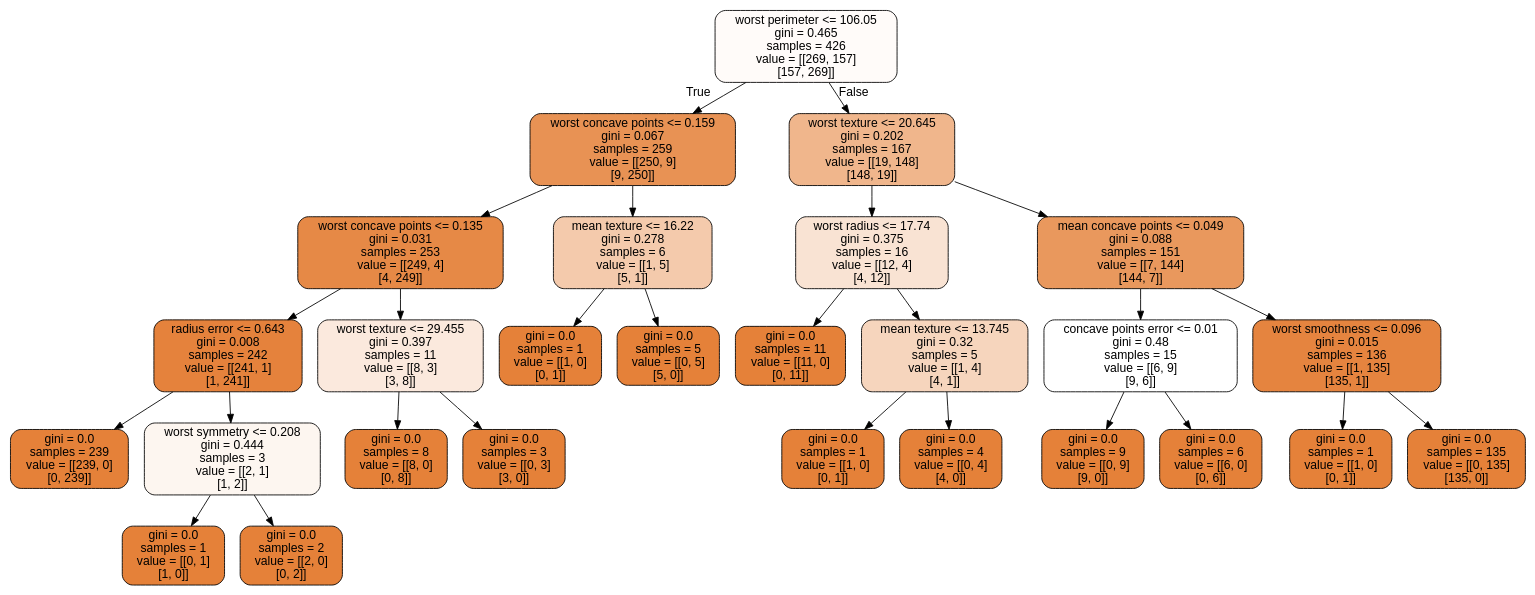
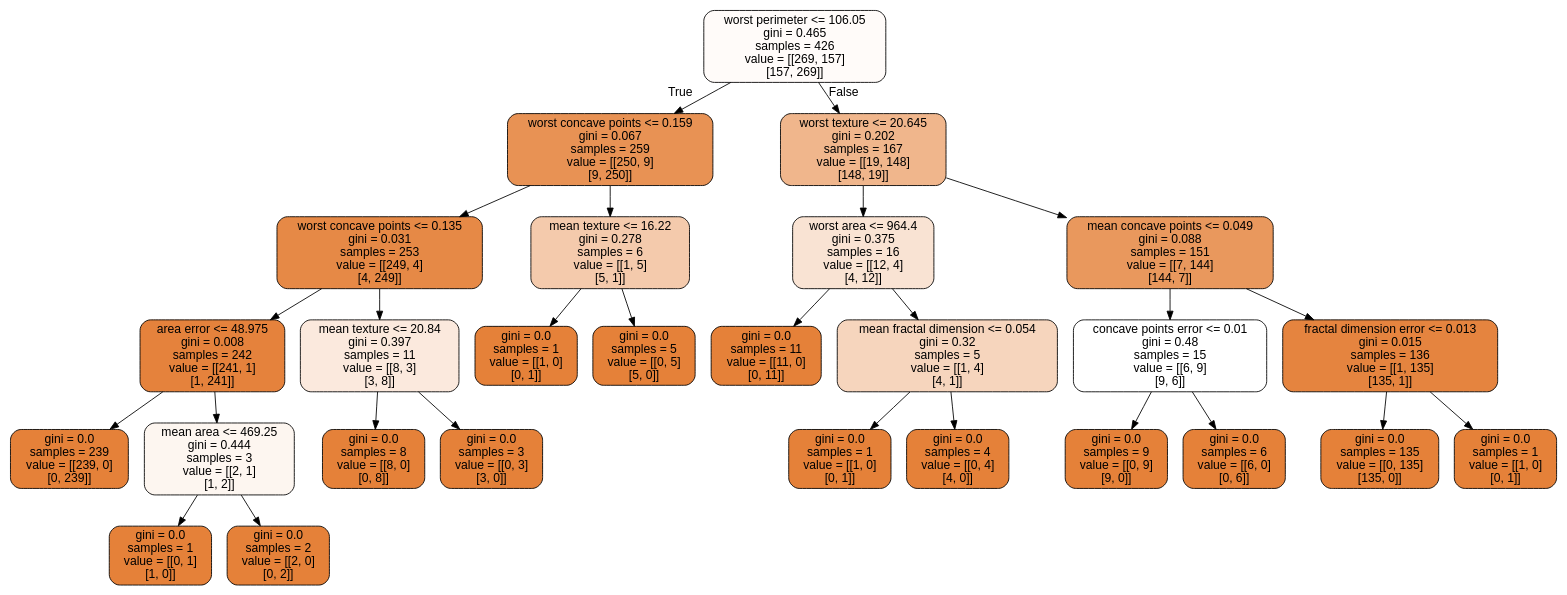
Before and after one commit to CompPhysics/MachineLearning: the diagram in doc/pub/DecisionTrees/ipynb/DataFiles/cancer.dot, drawn with Graphviz. The commit also changed 11 other files, not shown here.

```diff
--- a/doc/pub/DecisionTrees/ipynb/DataFiles/cancer.dot
+++ b/doc/pub/DecisionTrees/ipynb/DataFiles/cancer.dot
@@ -1,57 +1,57 @@
 digraph Tree {
 node [shape=box, style="filled, rounded", color="black", fontname=helvetica] ;
 edge [fontname=helvetica] ;
 0 [label="worst perimeter <= 106.05\ngini = 0.465\nsamples = 426\nvalue = [[269, 157]\n[157, 269]]", fillcolor="#e5813908"] ;
 1 [label="worst concave points <= 0.159\ngini = 0.067\nsamples = 259\nvalue = [[250, 9]\n[9, 250]]", fillcolor="#e58139db"] ;
 0 -> 1 [labeldistance=2.5, labelangle=45, headlabel="True"] ;
 2 [label="worst concave points <= 0.135\ngini = 0.031\nsamples = 253\nvalue = [[249, 4]\n[4, 249]]", fillcolor="#e58139ee"] ;
 1 -> 2 ;
-3 [label="radius error <= 0.643\ngini = 0.008\nsamples = 242\nvalue = [[241, 1]\n[1, 241]]", fillcolor="#e58139fb"] ;
+3 [label="area error <= 48.975\ngini = 0.008\nsamples = 242\nvalue = [[241, 1]\n[1, 241]]", fillcolor="#e58139fb"] ;
 2 -> 3 ;
 4 [label="gini = 0.0\nsamples = 239\nvalue = [[239, 0]\n[0, 239]]", fillcolor="#e58139ff"] ;
 3 -> 4 ;
-5 [label="worst symmetry <= 0.208\ngini = 0.444\nsamples = 3\nvalue = [[2, 1]\n[1, 2]]", fillcolor="#e5813913"] ;
+5 [label="mean area <= 469.25\ngini = 0.444\nsamples = 3\nvalue = [[2, 1]\n[1, 2]]", fillcolor="#e5813913"] ;
 3 -> 5 ;
 6 [label="gini = 0.0\nsamples = 1\nvalue = [[0, 1]\n[1, 0]]", fillcolor="#e58139ff"] ;
 5 -> 6 ;
 7 [label="gini = 0.0\nsamples = 2\nvalue = [[2, 0]\n[0, 2]]", fillcolor="#e58139ff"] ;
 5 -> 7 ;
-8 [label="worst texture <= 29.455\ngini = 0.397\nsamples = 11\nvalue = [[8, 3]\n[3, 8]]", fillcolor="#e581392c"] ;
+8 [label="mean texture <= 20.84\ngini = 0.397\nsamples = 11\nvalue = [[8, 3]\n[3, 8]]", fillcolor="#e581392c"] ;
 2 -> 8 ;
 9 [label="gini = 0.0\nsamples = 8\nvalue = [[8, 0]\n[0, 8]]", fillcolor="#e58139ff"] ;
 8 -> 9 ;
 10 [label="gini = 0.0\nsamples = 3\nvalue = [[0, 3]\n[3, 0]]", fillcolor="#e58139ff"] ;
 8 -> 10 ;
 11 [label="mean texture <= 16.22\ngini = 0.278\nsamples = 6\nvalue = [[1, 5]\n[5, 1]]", fillcolor="#e581396b"] ;
 1 -> 11 ;
 12 [label="gini = 0.0\nsamples = 1\nvalue = [[1, 0]\n[0, 1]]", fillcolor="#e58139ff"] ;
 11 -> 12 ;
 13 [label="gini = 0.0\nsamples = 5\nvalue = [[0, 5]\n[5, 0]]", fillcolor="#e58139ff"] ;
 11 -> 13 ;
 14 [label="worst texture <= 20.645\ngini = 0.202\nsamples = 167\nvalue = [[19, 148]\n[148, 19]]", fillcolor="#e5813994"] ;
 0 -> 14 [labeldistance=2.5, labelangle=-45, headlabel="False"] ;
-15 [label="worst radius <= 17.74\ngini = 0.375\nsamples = 16\nvalue = [[12, 4]\n[4, 12]]", fillcolor="#e5813938"] ;
+15 [label="worst area <= 964.4\ngini = 0.375\nsamples = 16\nvalue = [[12, 4]\n[4, 12]]", fillcolor="#e5813938"] ;
 14 -> 15 ;
 16 [label="gini = 0.0\nsamples = 11\nvalue = [[11, 0]\n[0, 11]]", fillcolor="#e58139ff"] ;
 15 -> 16 ;
-17 [label="mean texture <= 13.745\ngini = 0.32\nsamples = 5\nvalue = [[1, 4]\n[4, 1]]", fillcolor="#e5813955"] ;
+17 [label="mean fractal dimension <= 0.054\ngini = 0.32\nsamples = 5\nvalue = [[1, 4]\n[4, 1]]", fillcolor="#e5813955"] ;
 15 -> 17 ;
 18 [label="gini = 0.0\nsamples = 1\nvalue = [[1, 0]\n[0, 1]]", fillcolor="#e58139ff"] ;
 17 -> 18 ;
 19 [label="gini = 0.0\nsamples = 4\nvalue = [[0, 4]\n[4, 0]]", fillcolor="#e58139ff"] ;
 17 -> 19 ;
 20 [label="mean concave points <= 0.049\ngini = 0.088\nsamples = 151\nvalue = [[7, 144]\n[144, 7]]", fillcolor="#e58139d0"] ;
 14 -> 20 ;
 21 [label="concave points error <= 0.01\ngini = 0.48\nsamples = 15\nvalue = [[6, 9]\n[9, 6]]", fillcolor="#e5813900"] ;
 20 -> 21 ;
 22 [label="gini = 0.0\nsamples = 9\nvalue = [[0, 9]\n[9, 0]]", fillcolor="#e58139ff"] ;
 21 -> 22 ;
 23 [label="gini = 0.0\nsamples = 6\nvalue = [[6, 0]\n[0, 6]]", fillcolor="#e58139ff"] ;
 21 -> 23 ;
-24 [label="worst smoothness <= 0.096\ngini = 0.015\nsamples = 136\nvalue = [[1, 135]\n[135, 1]]", fillcolor="#e58139f7"] ;
+24 [label="fractal dimension error <= 0.013\ngini = 0.015\nsamples = 136\nvalue = [[1, 135]\n[135, 1]]", fillcolor="#e58139f7"] ;
 20 -> 24 ;
-25 [label="gini = 0.0\nsamples = 1\nvalue = [[1, 0]\n[0, 1]]", fillcolor="#e58139ff"] ;
+25 [label="gini = 0.0\nsamples = 135\nvalue = [[0, 135]\n[135, 0]]", fillcolor="#e58139ff"] ;
 24 -> 25 ;
-26 [label="gini = 0.0\nsamples = 135\nvalue = [[0, 135]\n[135, 0]]", fillcolor="#e58139ff"] ;
+26 [label="gini = 0.0\nsamples = 1\nvalue = [[1, 0]\n[0, 1]]", fillcolor="#e58139ff"] ;
 24 -> 26 ;
 }
```
